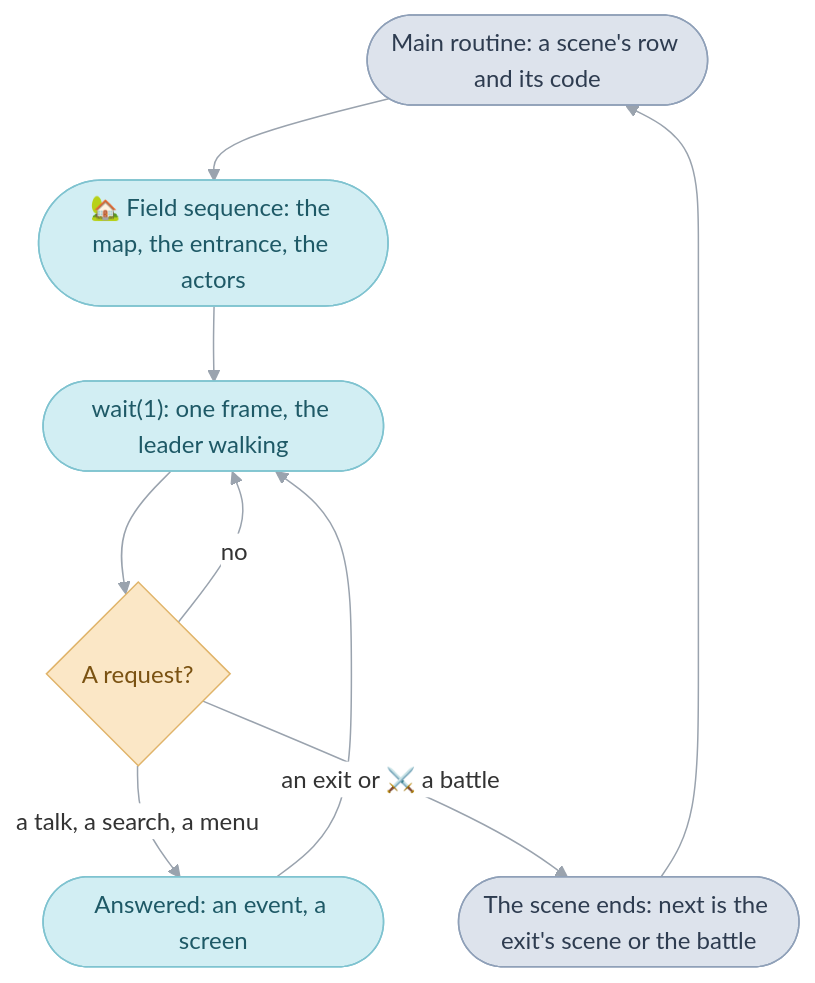
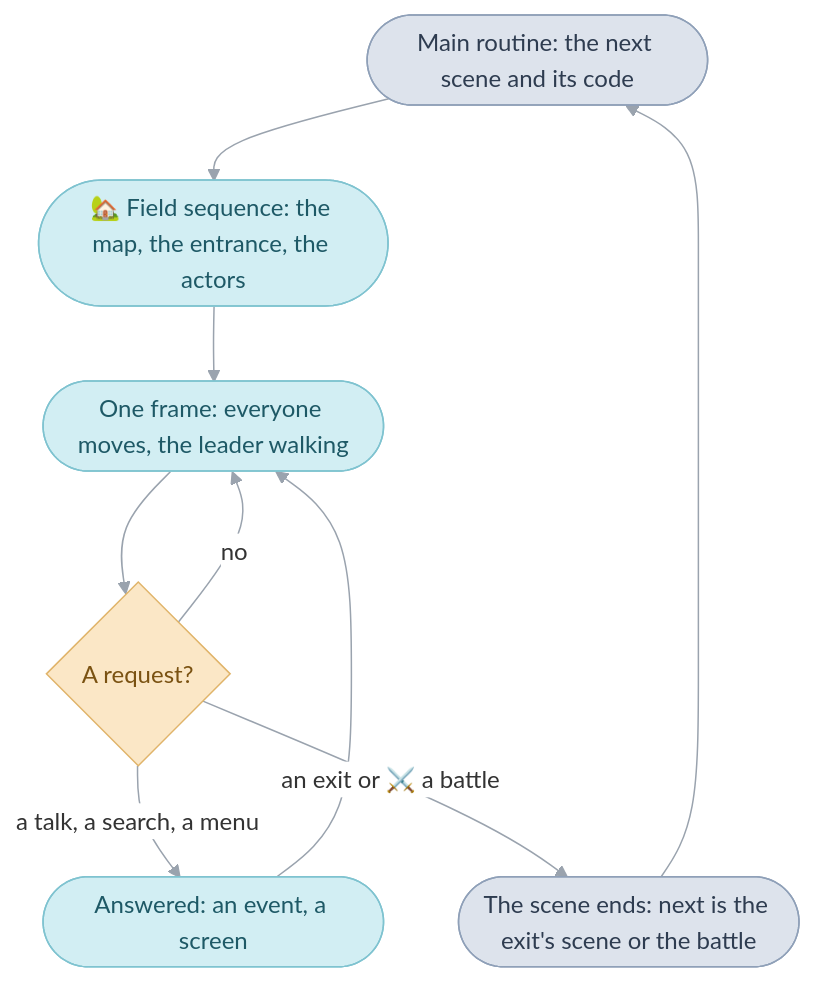
The diagram in games/tbs/field.md (PascalPixel/alchemy), drawn with Mermaid before and after one commit. The commit also changed other lines of this file and 21 other files, not shown here.

````diff
--- a/games/tbs/field.md
+++ b/games/tbs/field.md
@@ -37,18 +20,18 @@
 ```mermaid
 %%{init: {"theme": "base", "themeVariables": {"lineColor": "#9AA3AE", "edgeLabelBackground": "#FFFFFF"}, "flowchart": {"curve": "basis", "padding": 12}}}%%
 flowchart TD
-  main(["Main routine: a scene's row and its code"]) --> setup(["🏡 Field sequence: the map, the entrance, the actors"])
-  setup --> walk(["wait(1): one frame, the leader walking"])
+  main(["Main routine: the next scene and its code"]) --> setup(["🏡 Field sequence: the map, the entrance, the actors"])
+  setup --> walk(["One frame: everyone moves, the leader walking"])
   walk --> requests{"A request?"}
   requests -- no --> walk
   requests -- "a talk, a search, a menu" --> answer(["Answered: an event, a screen"])
   answer --> walk
   requests -- "an exit or ⚔️ a battle" --> leave(["The scene ends: next is the exit's scene or the battle"])
   leave --> main
   classDef mainRoutine fill:#DDE3EC,stroke:#8FA0B8,color:#2E3C50
   classDef sequence fill:#D2EEF3,stroke:#7FC3D0,color:#1E5966
   classDef request fill:#FBE7C6,stroke:#E0B46A,color:#7A5212
   class main,leave mainRoutine
   class setup,walk,answer sequence
   class requests request
 ```
````
